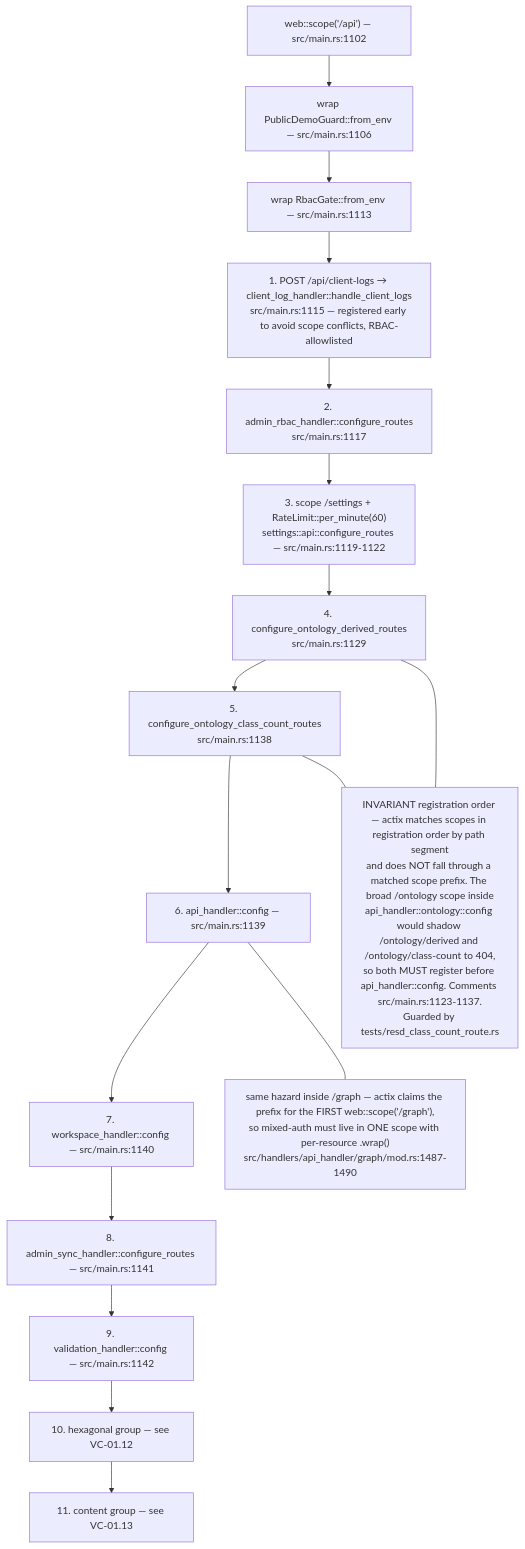
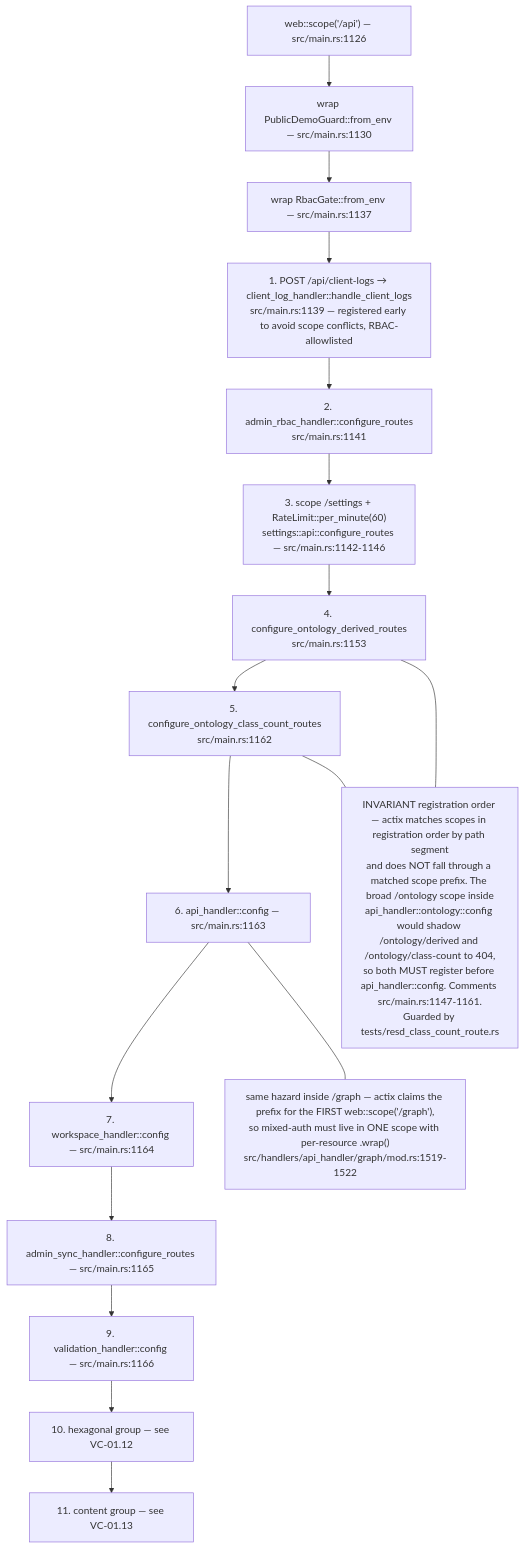
The eighth of 13 diagrams in docs/diagrams/visionclaw/01-boot-and-app-state.md (DreamLab-AI/VisionFlow), drawn with Mermaid before and after one commit. The commit also changed other lines of this file and 160 other files, not shown here.

````diff
--- a/docs/diagrams/visionclaw/01-boot-and-app-state.md
+++ b/docs/diagrams/visionclaw/01-boot-and-app-state.md
@@ -367,22 +375,22 @@
 ```mermaid
 flowchart TB
-    S["web::scope('/api') — src/main.rs:1102"]
-    S --> G1["wrap PublicDemoGuard::from_env — src/main.rs:1106"]
-    G1 --> G2["wrap RbacGate::from_env — src/main.rs:1113"]
-    G2 --> R1["1. POST /api/client-logs → client_log_handler::handle_client_logs<br/>src/main.rs:1115 — registered early to avoid scope conflicts, RBAC-allowlisted"]
-    R1 --> R2["2. admin_rbac_handler::configure_routes<br/>src/main.rs:1117"]
-    R2 --> R3["3. scope /settings + RateLimit::per_minute(60)<br/>settings::api::configure_routes — src/main.rs:1119-1122"]
-    R3 --> R4["4. configure_ontology_derived_routes<br/>src/main.rs:1129"]
-    R4 --> R5["5. configure_ontology_class_count_routes<br/>src/main.rs:1138"]
-    R5 --> R6["6. api_handler::config — src/main.rs:1139"]
-    R6 --> R7["7. workspace_handler::config — src/main.rs:1140"]
-    R7 --> R8["8. admin_sync_handler::configure_routes — src/main.rs:1141"]
-    R8 --> R9["9. validation_handler::config — src/main.rs:1142"]
+    S["web::scope('/api') — src/main.rs:1126"]
+    S --> G1["wrap PublicDemoGuard::from_env — src/main.rs:1130"]
+    G1 --> G2["wrap RbacGate::from_env — src/main.rs:1137"]
+    G2 --> R1["1. POST /api/client-logs → client_log_handler::handle_client_logs<br/>src/main.rs:1139 — registered early to avoid scope conflicts, RBAC-allowlisted"]
+    R1 --> R2["2. admin_rbac_handler::configure_routes<br/>src/main.rs:1141"]
+    R2 --> R3["3. scope /settings + RateLimit::per_minute(60)<br/>settings::api::configure_routes — src/main.rs:1142-1146"]
+    R3 --> R4["4. configure_ontology_derived_routes<br/>src/main.rs:1153"]
+    R4 --> R5["5. configure_ontology_class_count_routes<br/>src/main.rs:1162"]
+    R5 --> R6["6. api_handler::config — src/main.rs:1163"]
+    R6 --> R7["7. workspace_handler::config — src/main.rs:1164"]
+    R7 --> R8["8. admin_sync_handler::configure_routes — src/main.rs:1165"]
+    R8 --> R9["9. validation_handler::config — src/main.rs:1166"]
     R9 --> R10["10. hexagonal group — see VC-01.12"]
     R10 --> R11["11. content group — see VC-01.13"]
-    ORD["INVARIANT registration order — actix matches scopes in registration order by path segment<br/>and does NOT fall through a matched scope prefix. The broad /ontology scope inside<br/>api_handler::ontology::config would shadow /ontology/derived and /ontology/class-count to 404,<br/>so both MUST register before api_handler::config. Comments src/main.rs:1123-1137.<br/>Guarded by tests/resd_class_count_route.rs"]
+    ORD["INVARIANT registration order — actix matches scopes in registration order by path segment<br/>and does NOT fall through a matched scope prefix. The broad /ontology scope inside<br/>api_handler::ontology::config would shadow /ontology/derived and /ontology/class-count to 404,<br/>so both MUST register before api_handler::config. Comments src/main.rs:1147-1161.<br/>Guarded by tests/resd_class_count_route.rs"]
     R4 --- ORD
     R5 --- ORD
-    ORD2["same hazard inside /graph — actix claims the prefix for the FIRST web::scope('/graph'),<br/>so mixed-auth must live in ONE scope with per-resource .wrap()<br/>src/handlers/api_handler/graph/mod.rs:1487-1490"]
+    ORD2["same hazard inside /graph — actix claims the prefix for the FIRST web::scope('/graph'),<br/>so mixed-auth must live in ONE scope with per-resource .wrap()<br/>src/handlers/api_handler/graph/mod.rs:1519-1522"]
     R6 --- ORD2
 ```
````
